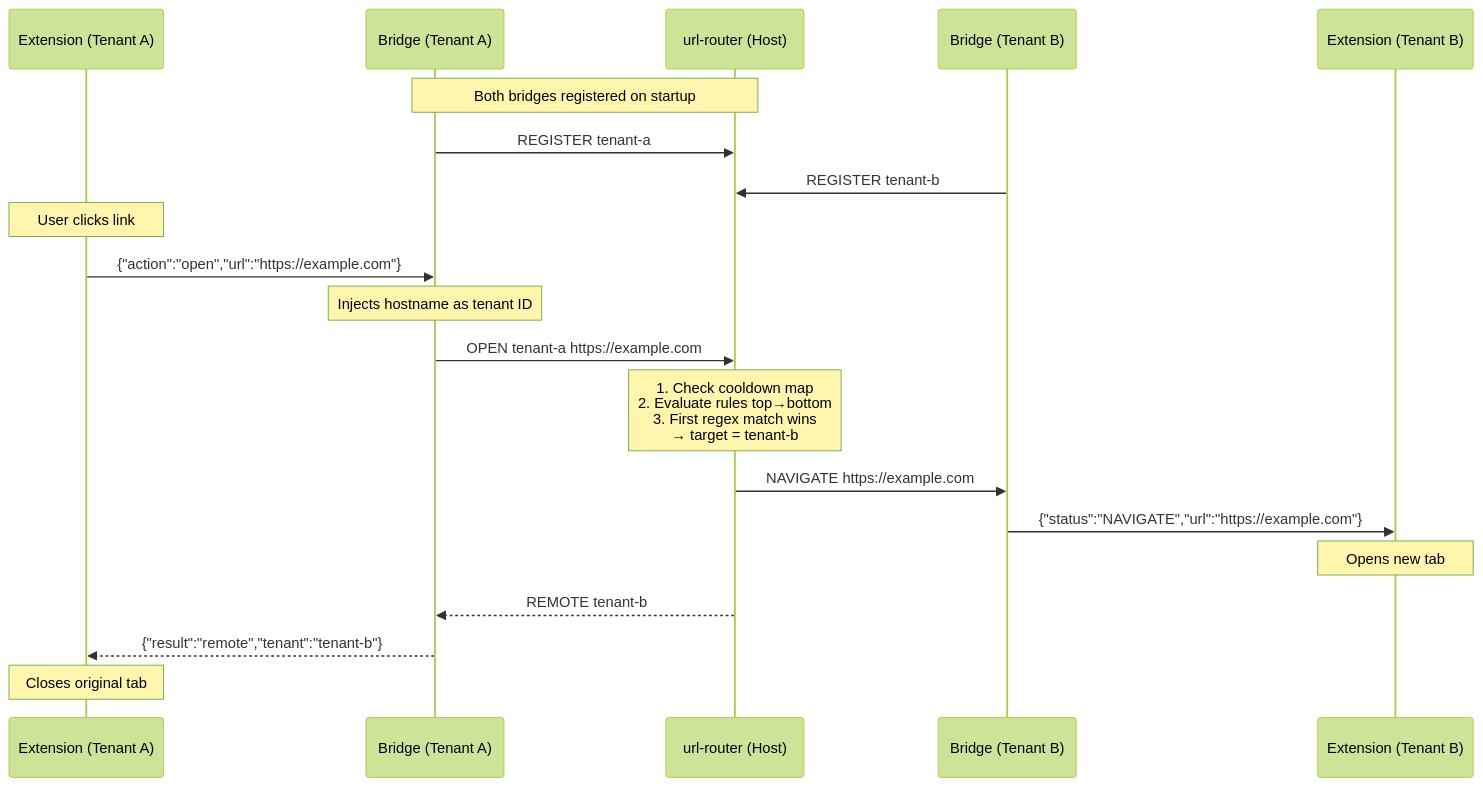
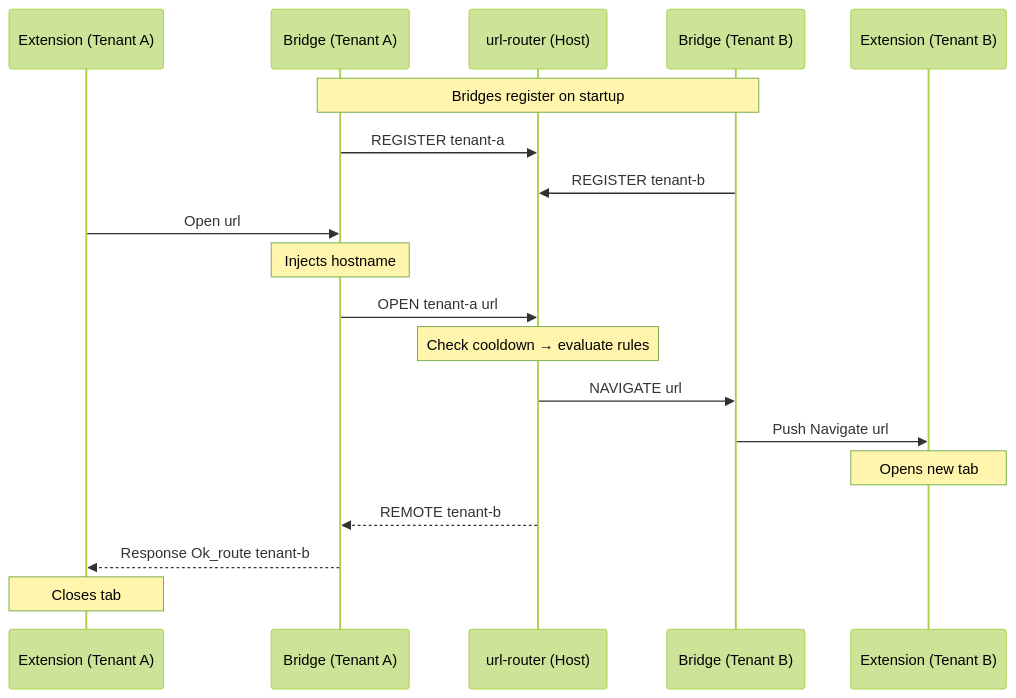
Before and after one commit to andersfugmann/multi-tenant: the second of 2 diagrams in README.md, drawn with Mermaid (forest theme). The commit also changed other lines of this file and 1 other file, not shown here.

````diff
--- a/README.md
+++ b/README.md
@@ -40,27 +27,26 @@
 ```mermaid
 sequenceDiagram
     participant ExtA as Extension (Tenant A)
     participant BridgeA as Bridge (Tenant A)
     participant Daemon as url-router (Host)
     participant BridgeB as Bridge (Tenant B)
     participant ExtB as Extension (Tenant B)
 
-    Note over BridgeA,Daemon: Both bridges registered on startup
+    Note over BridgeA,BridgeB: Bridges register on startup
     BridgeA->>Daemon: REGISTER tenant-a
     BridgeB->>Daemon: REGISTER tenant-b
 
-    Note over ExtA: User clicks link
-    ExtA->>BridgeA: {"action":"open","url":"https://example.com"}
-    Note over BridgeA: Injects hostname as tenant ID
-    BridgeA->>Daemon: OPEN tenant-a https://example.com
+    ExtA->>BridgeA: Open url
+    Note over BridgeA: Injects hostname
+    BridgeA->>Daemon: OPEN tenant-a url
 
-    Note over Daemon: 1. Check cooldown map<br/>2. Evaluate rules top→bottom<br/>3. First regex match wins<br/>→ target = tenant-b
+    Note over Daemon: Check cooldown → evaluate rules
 
-    Daemon->>BridgeB: NAVIGATE https://example.com
-    BridgeB->>ExtB: {"status":"NAVIGATE","url":"https://example.com"}
+    Daemon->>BridgeB: NAVIGATE url
+    BridgeB->>ExtB: Push Navigate url
     Note over ExtB: Opens new tab
 
     Daemon-->>BridgeA: REMOTE tenant-b
-    BridgeA-->>ExtA: {"result":"remote","tenant":"tenant-b"}
-    Note over ExtA: Closes original tab
+    BridgeA-->>ExtA: Response Ok_route tenant-b
+    Note over ExtA: Closes tab
 ```
````
